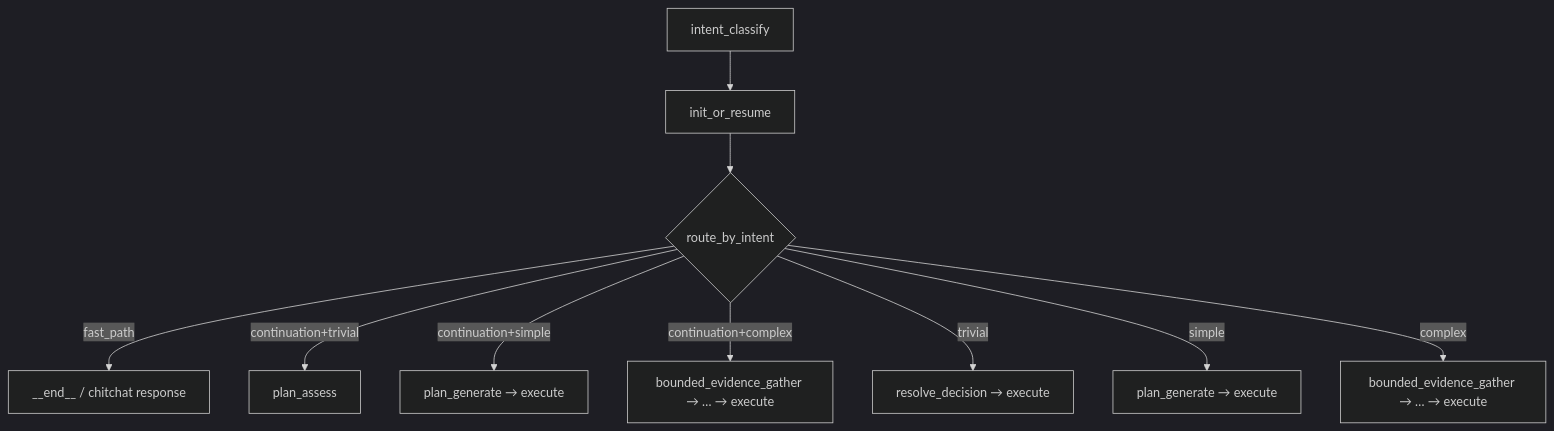
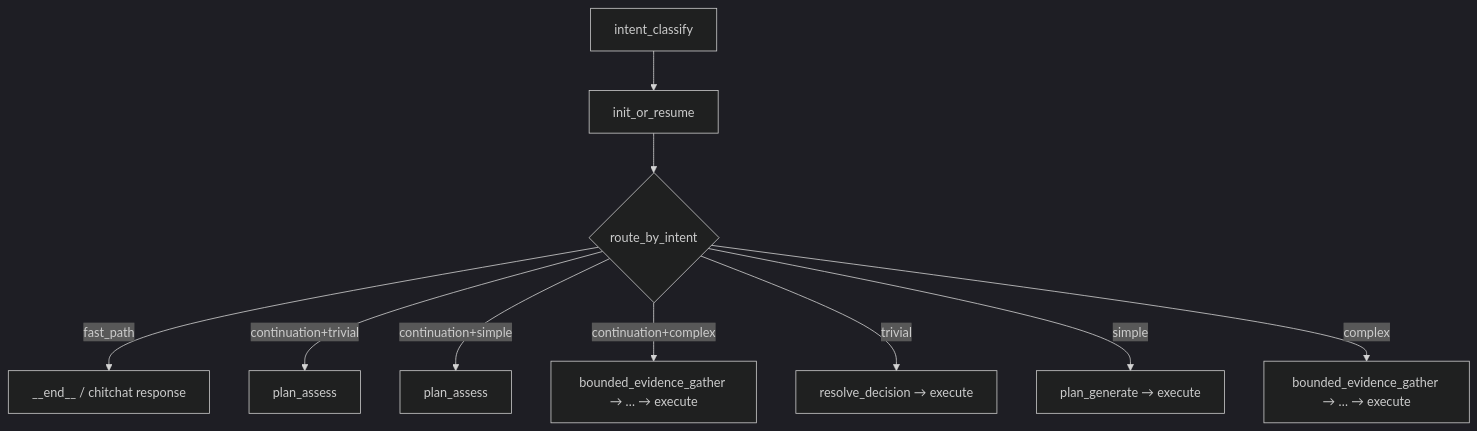
One commit to OpenSoothe/soothe changed the diagram in docs/diagrams/strange_loop_graph_nodes.md. Above: the diagram before and after it, drawn with Mermaid (dark theme). The commit also changed other lines of this file and 8 other files, not shown here.

First line of the commit message:
Align RFC and wiki docs with continuation simple discriminator routing.

````diff
--- a/docs/diagrams/strange_loop_graph_nodes.md
+++ b/docs/diagrams/strange_loop_graph_nodes.md
@@ -36,12 +36,12 @@
 ```mermaid
 flowchart TD
     IC[intent_classify] --> IOR[init_or_resume]
     IOR --> R{route_by_intent}
     R -->|fast_path| END1[__end__ / chitchat response]
     R -->|continuation+trivial| PA[plan_assess]
-    R -->|continuation+simple| PG[plan_generate → execute]
+    R -->|continuation+simple| PA2[plan_assess]
     R -->|continuation+complex| BEG[bounded_evidence_gather → … → execute]
     R -->|trivial| RD[resolve_decision → execute]
     R -->|simple| PG2[plan_generate → execute]
     R -->|complex| BEG2[bounded_evidence_gather → … → execute]
 ```
````
